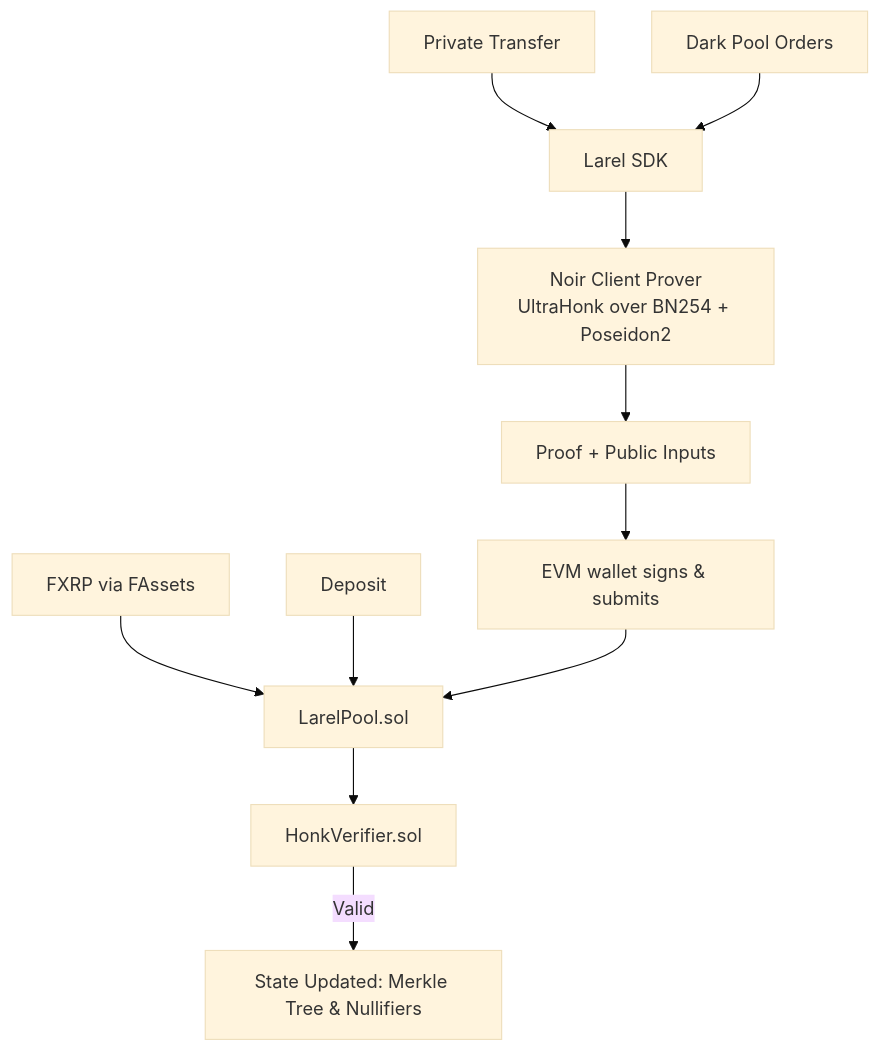
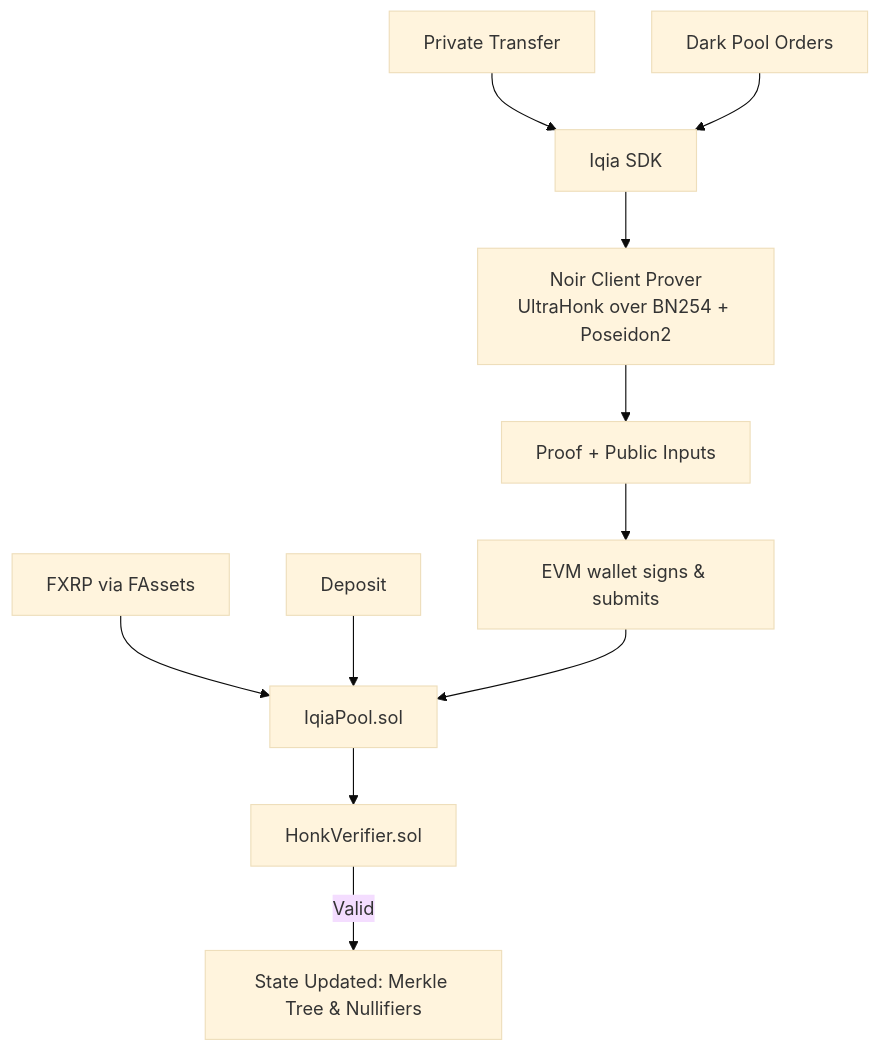
The second of 2 diagrams in README.md (maulana-tech/qia-1inch), drawn with Mermaid (base theme) before and after one commit. The commit also changed other lines of this file and 106 other files, not shown here.

First line of the commit message:
Ganti nama aplikasi dari Larel menjadi Iqia

````diff
--- a/README.md
+++ b/README.md
@@ -221,16 +221,16 @@
 ```mermaid
 graph TD
-    FXRP[FXRP via FAssets] --> POOL[LarelPool.sol]
+    FXRP[FXRP via FAssets] --> POOL[IqiaPool.sol]
     DEP[Deposit] --> POOL
-    PAY[Private Transfer] --> SDK[Larel SDK]
+    PAY[Private Transfer] --> SDK[Iqia SDK]
     SWAP[Dark Pool Orders] --> SDK
 
     SDK --> PROVE[Noir Client Prover<br/>UltraHonk over BN254 + Poseidon2]
     PROVE --> PREP[Proof + Public Inputs]
 
     PREP --> SUBMIT[EVM wallet signs & submits]
     SUBMIT --> POOL
 
     POOL --> VERIFY[HonkVerifier.sol]
     VERIFY -->|Valid| STATE[State Updated: Merkle Tree & Nullifiers]
 ```
````
